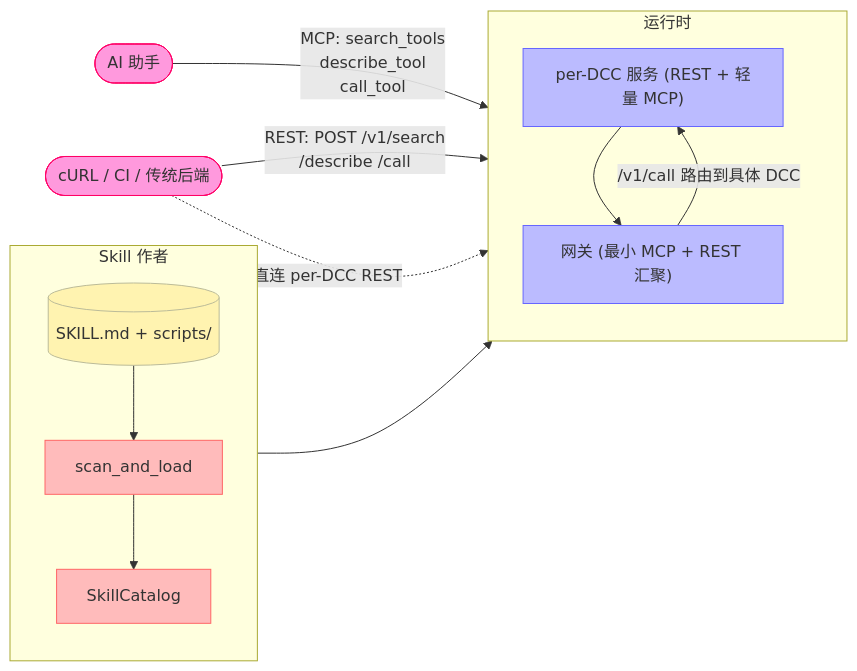
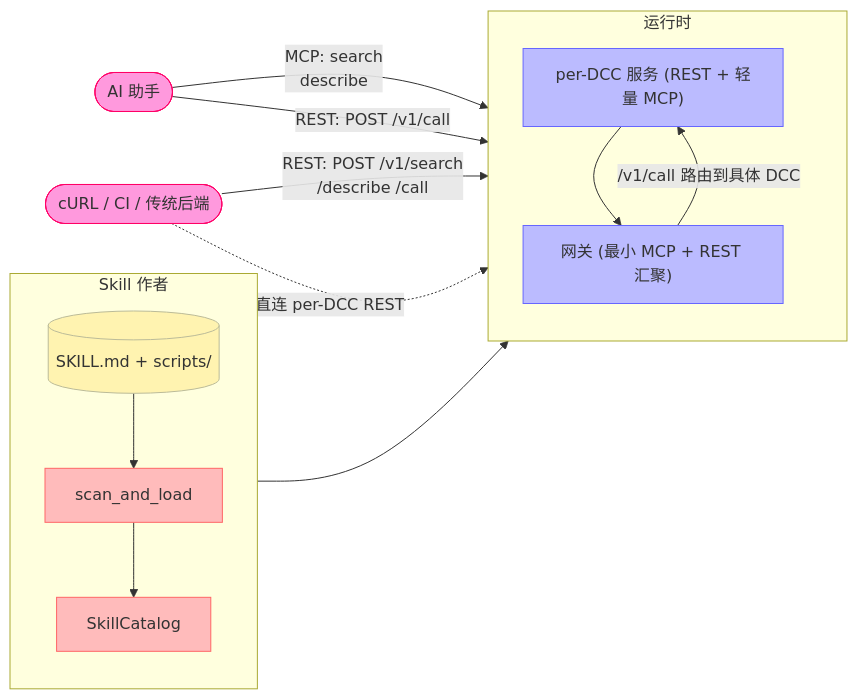
The diagram in docs/zh/guide/what-is-dcc-mcp-core.md (loonghao/dcc-mcp-core), drawn with Mermaid before and after one commit. The commit also changed other lines of this file and 47 other files, not shown here.

````diff
--- a/docs/zh/guide/what-is-dcc-mcp-core.md
+++ b/docs/zh/guide/what-is-dcc-mcp-core.md
@@ -14,31 +14,32 @@
 ```mermaid
 flowchart LR
     subgraph Author["Skill 作者"]
       direction TB
       SKILL[(SKILL.md + scripts/)]:::yaml
       SCAN[scan_and_load]:::rust
       CAT[SkillCatalog]:::rust
       SKILL --> SCAN --> CAT
     end
 
     subgraph Runtime["运行时"]
       direction TB
       PERDCC["per-DCC 服务 (REST + 轻量 MCP)"]:::server
       GW["网关 (最小 MCP + REST 汇聚)"]:::server
       CAT --> PERDCC
       PERDCC --> GW
     end
 
     AGENT([AI 助手]):::client
     TRAD([cURL / CI / 传统后端]):::client
 
-    AGENT -->|MCP: search_tools<br/>describe_tool<br/>call_tool| GW
+    AGENT -->|MCP: search<br/>describe| GW
+    AGENT -->|REST: POST /v1/call| GW
     TRAD -->|REST: POST /v1/search<br/>/describe /call| GW
     TRAD -.->|直连 per-DCC REST| PERDCC
     GW -->|/v1/call 路由到具体 DCC| PERDCC
 
     classDef yaml fill:#fff3b0,stroke:#bb9,color:#333
     classDef rust fill:#fbb,stroke:#f66,color:#333
     classDef server fill:#bbf,stroke:#66f,color:#333
     classDef client fill:#f9d,stroke:#f06,color:#333
 ```
````
